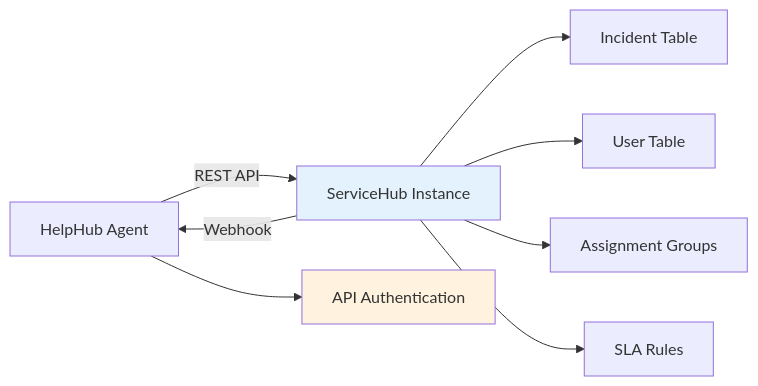
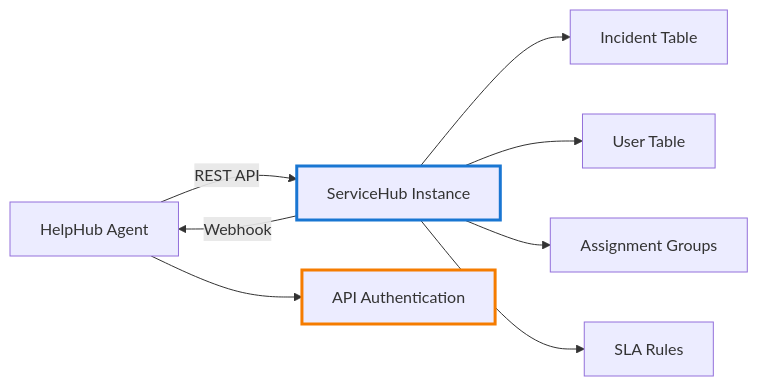
One commit to dextersjab/agentic-workbench-langgraph changed the sixth of 7 diagrams in README.md. Above: the diagram before and after it, drawn with Mermaid. The commit also changed other lines of this file, not shown here.

````diff
--- a/README.md
+++ b/README.md
@@ -247,14 +247,14 @@
 ```mermaid
 graph LR
     A[HelpHub Agent] -->|REST API| B[ServiceHub Instance]
     B -->|Webhook| A
     
     A --> C[API Authentication]
     B --> D[Incident Table]
     B --> E[User Table]
     B --> F[Assignment Groups]
     B --> G[SLA Rules]
     
-    style B fill:#e3f2fd
-    style C fill:#fff3e0
+    style B stroke:#1976d2,stroke-width:3px
+    style C stroke:#f57c00,stroke-width:3px
 ```
````
